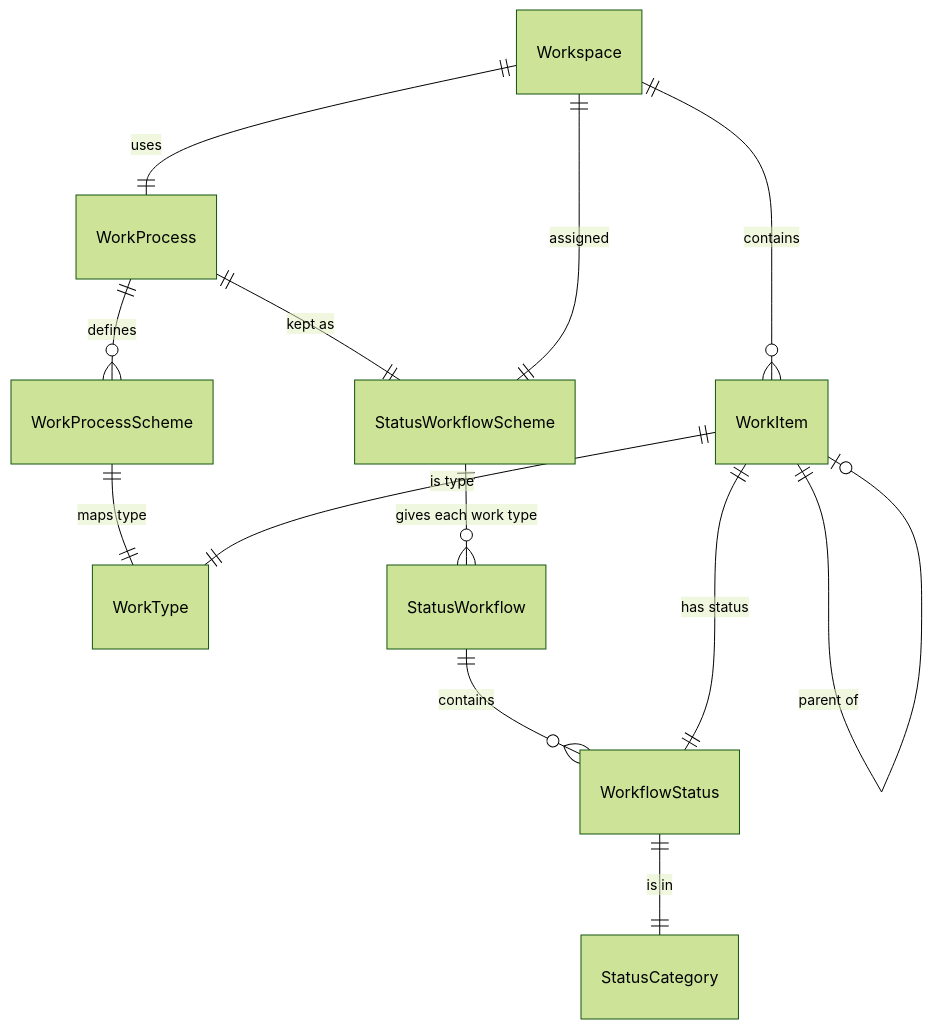
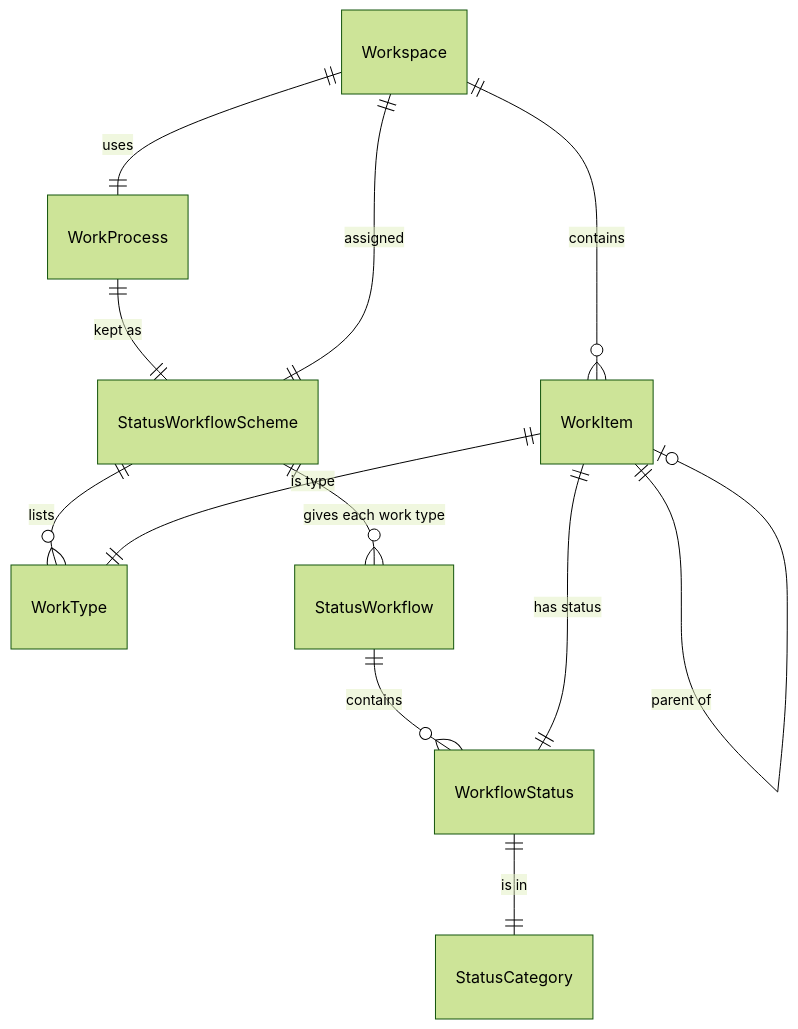
Before and after one commit to destacey/Wayd: the diagram in docs/user-guide/work-management/work-configuration.mdx, drawn with Mermaid (forest theme). The commit also changed other lines of this file and 7 other files, not shown here.

Commit message:
docs: describe work processes kept in the status workflow engine (#1238)

````diff
--- a/docs/user-guide/work-management/work-configuration.mdx
+++ b/docs/user-guide/work-management/work-configuration.mdx
@@ -14,15 +14,14 @@
 ```mermaid
 erDiagram
     Workspace ||--|| WorkProcess : uses
-    WorkProcess ||--o{ WorkProcessScheme : defines
-    WorkProcessScheme ||--|| WorkType : "maps type"
     WorkProcess ||--|| StatusWorkflowScheme : "kept as"
+    StatusWorkflowScheme ||--o{ WorkType : "lists"
     StatusWorkflowScheme ||--o{ StatusWorkflow : "gives each work type"
     StatusWorkflow ||--o{ WorkflowStatus : contains
     WorkflowStatus ||--|| StatusCategory : "is in"
     Workspace ||--|| StatusWorkflowScheme : "assigned"
     Workspace ||--o{ WorkItem : contains
     WorkItem ||--|| WorkType : "is type"
     WorkItem ||--|| WorkflowStatus : "has status"
     WorkItem ||--o| WorkItem : "parent of"
 ```
````
